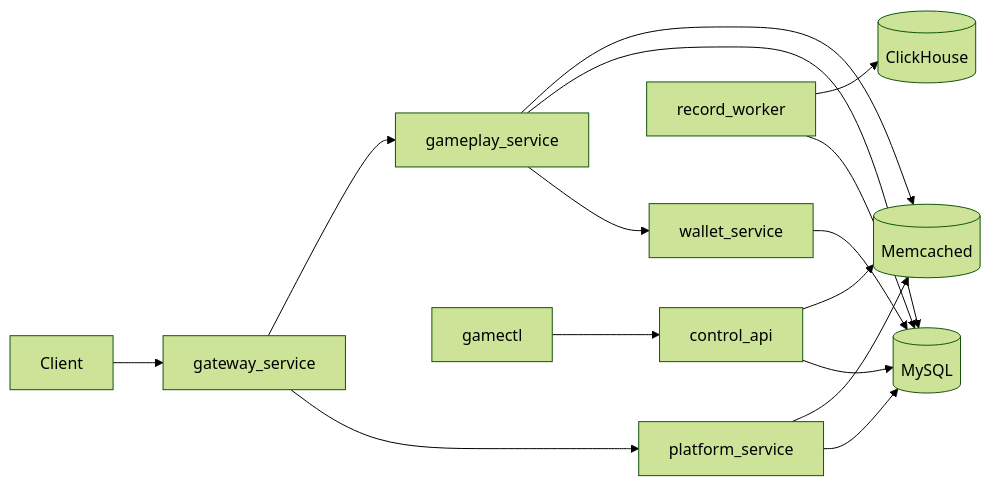
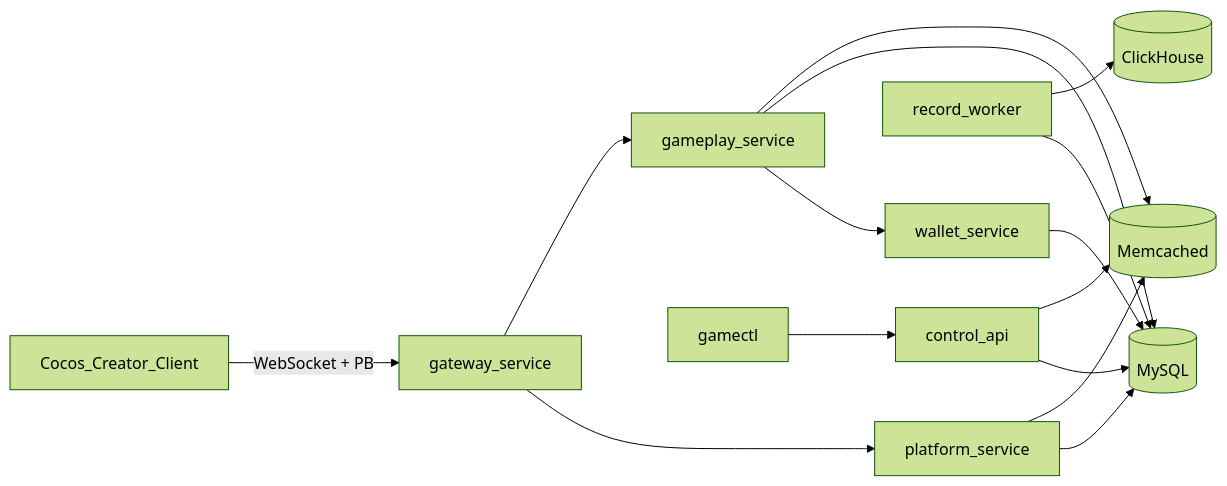
One commit to zzSai777/demo changed the first of 2 diagrams in docs/architecture/card-game-framework.md. Above: the diagram before and after it, drawn with Mermaid (forest theme). The commit also changed other lines of this file and 1 other file, not shown here.

Commit message:
Document client and service protocols

````diff
--- a/docs/architecture/card-game-framework.md
+++ b/docs/architecture/card-game-framework.md
@@ -168,17 +173,17 @@
 ```mermaid
 flowchart LR
-  Client[Client] --> Gateway[gateway_service]
+  Client[Cocos_Creator_Client] -->|"WebSocket + PB"| Gateway[gateway_service]
   Gateway --> Platform[platform_service]
   Gateway --> Gameplay[gameplay_service]
   Platform --> MySQL[(MySQL)]
   Platform --> Memcached[(Memcached)]
   Gameplay --> Wallet[wallet_service]
   Gameplay --> MySQL
   Gameplay --> Memcached
   Wallet --> MySQL
   RecordWorker[record_worker] --> MySQL
   RecordWorker --> ClickHouse[(ClickHouse)]
   Gamectl[gamectl] --> ControlAPI[control_api]
   ControlAPI --> MySQL
   ControlAPI --> Memcached
 ```
````
